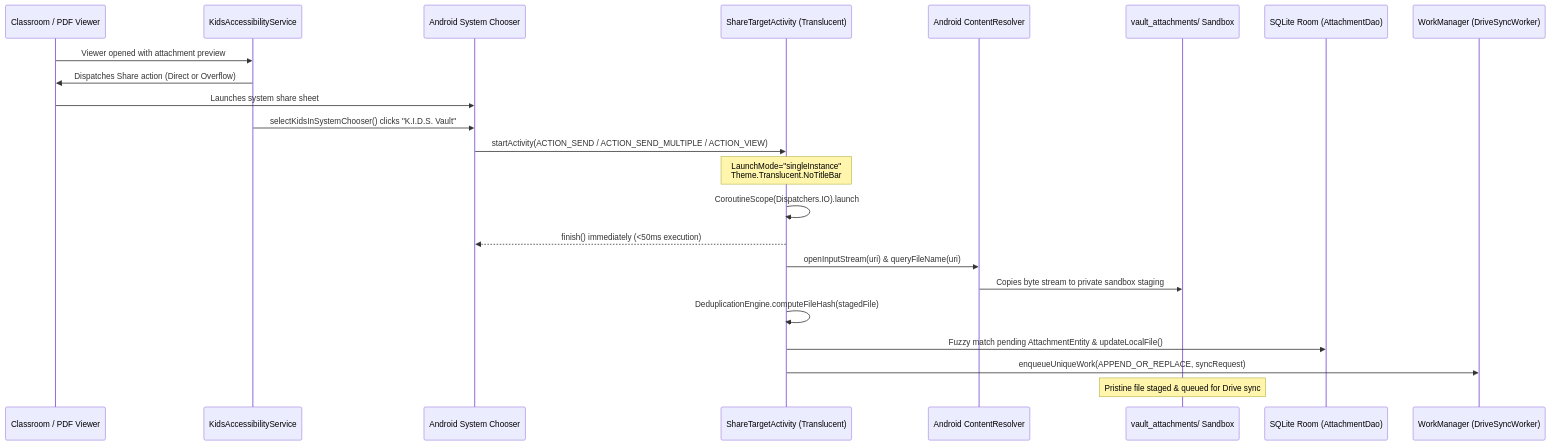
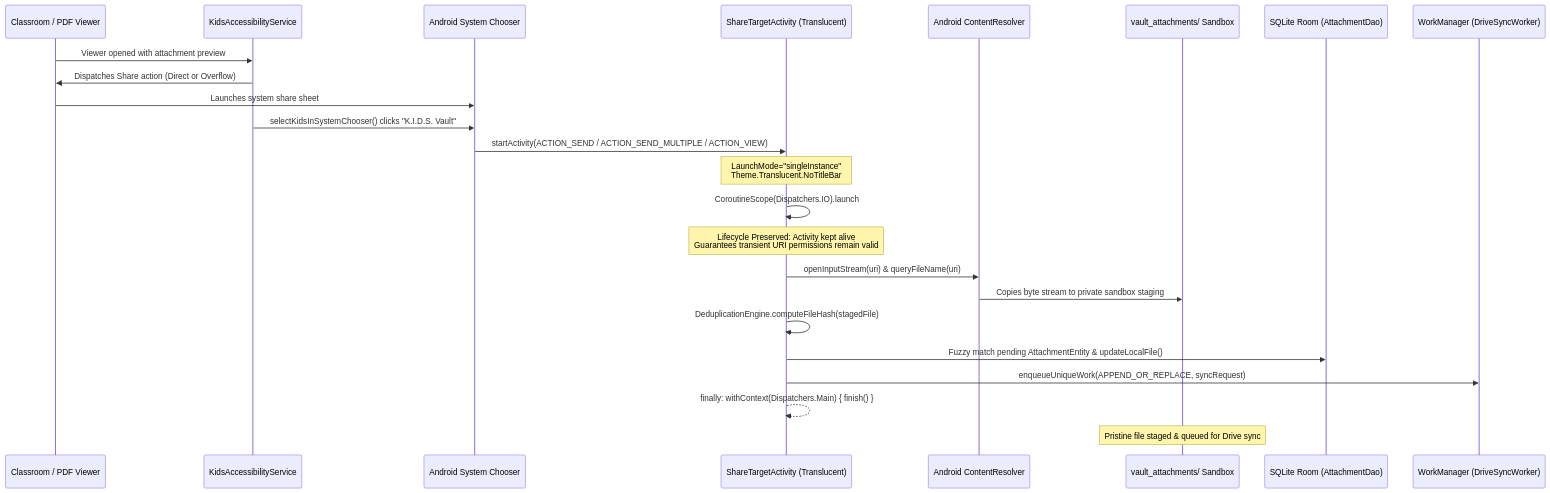
Before and after one commit to daarshnicsanjeev/K.I.D.S: the fifth of 14 diagrams in docs/TECHNICAL_ARCHITECTURE.md, drawn with Mermaid. The commit also changed other lines of this file and 4 other files, not shown here.

````diff
--- a/docs/TECHNICAL_ARCHITECTURE.md
+++ b/docs/TECHNICAL_ARCHITECTURE.md
@@ -2075,26 +2186,27 @@
 ```mermaid
 sequenceDiagram
     participant VIEWER as Classroom / PDF Viewer
     participant ACS as KidsAccessibilityService
     participant CHOOSER as Android System Chooser
     participant STA as ShareTargetActivity (Translucent)
     participant CR as Android ContentResolver
     participant STAGE as vault_attachments/ Sandbox
     participant DB as SQLite Room (AttachmentDao)
     participant WM as WorkManager (DriveSyncWorker)
 
     VIEWER->>ACS: Viewer opened with attachment preview
     ACS->>VIEWER: Dispatches Share action (Direct or Overflow)
     VIEWER->>CHOOSER: Launches system share sheet
     ACS->>CHOOSER: selectKidsInSystemChooser() clicks "K.I.D.S. Vault"
     CHOOSER->>STA: startActivity(ACTION_SEND / ACTION_SEND_MULTIPLE / ACTION_VIEW)
     Note over STA: LaunchMode="singleInstance"<br/>Theme.Translucent.NoTitleBar
     STA->>STA: CoroutineScope(Dispatchers.IO).launch
-    STA-->>CHOOSER: finish() immediately (<50ms execution)
+    Note over STA: Lifecycle Preserved: Activity kept alive<br/>Guarantees transient URI permissions remain valid
     STA->>CR: openInputStream(uri) & queryFileName(uri)
     CR->>STAGE: Copies byte stream to private sandbox staging
     STA->>STA: DeduplicationEngine.computeFileHash(stagedFile)
     STA->>DB: Fuzzy match pending AttachmentEntity & updateLocalFile()
     STA->>WM: enqueueUniqueWork(APPEND_OR_REPLACE, syncRequest)
+    STA-->>STA: finally: withContext(Dispatchers.Main) { finish() }
     Note over STAGE: Pristine file staged & queued for Drive sync
 ```
````
